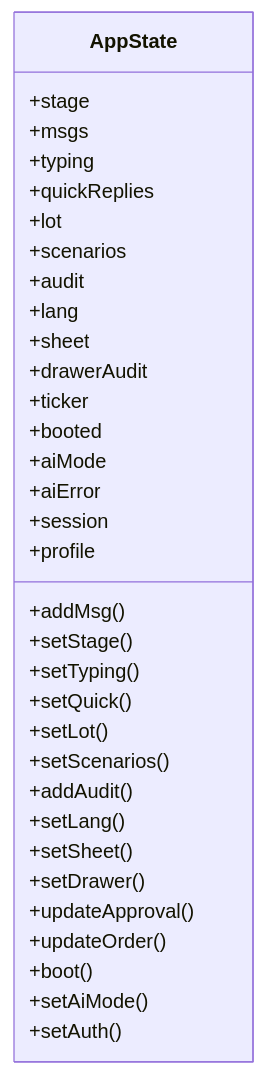
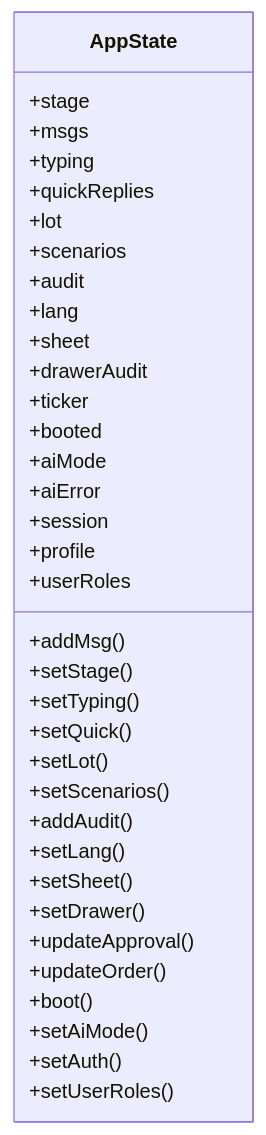
One commit to MudassarAbrar/FreshRoute-Ai changed the sixth of 10 diagrams in .qoder/repowiki/en/content/Architecture Overview/Architecture Overview.md. Above: the diagram before and after it, drawn with Mermaid. The commit also changed other lines of this file and 10 other files, not shown here.

````diff
--- a/.qoder/repowiki/en/content/Architecture Overview/Architecture Overview.md
+++ b/.qoder/repowiki/en/content/Architecture Overview/Architecture Overview.md
@@ -213,36 +358,38 @@
 ```mermaid
 classDiagram
 class AppState {
 +stage
 +msgs
 +typing
 +quickReplies
 +lot
 +scenarios
 +audit
 +lang
 +sheet
 +drawerAudit
 +ticker
 +booted
 +aiMode
 +aiError
 +session
 +profile
++userRoles
 +addMsg()
 +setStage()
 +setTyping()
 +setQuick()
 +setLot()
 +setScenarios()
 +addAudit()
 +setLang()
 +setSheet()
 +setDrawer()
 +updateApproval()
 +updateOrder()
 +boot()
 +setAiMode()
 +setAuth()
++setUserRoles()
 }
 ```
````
